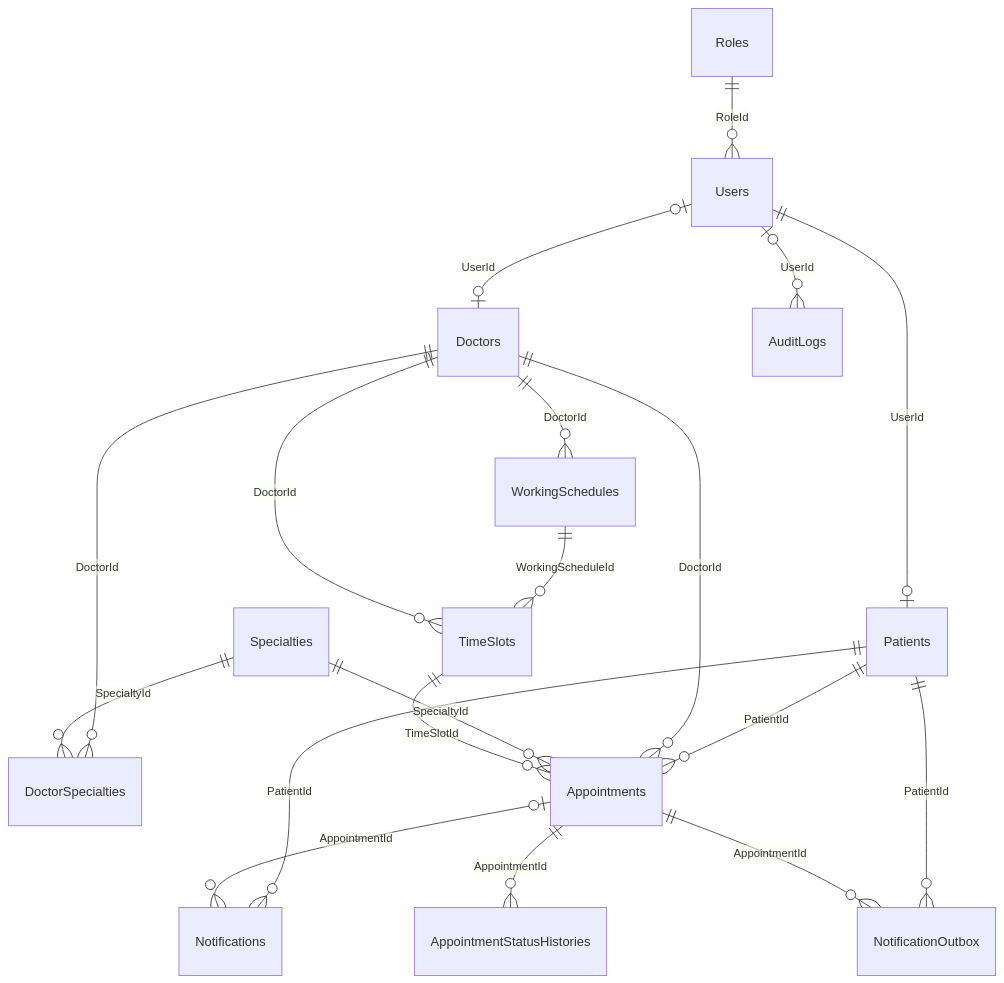
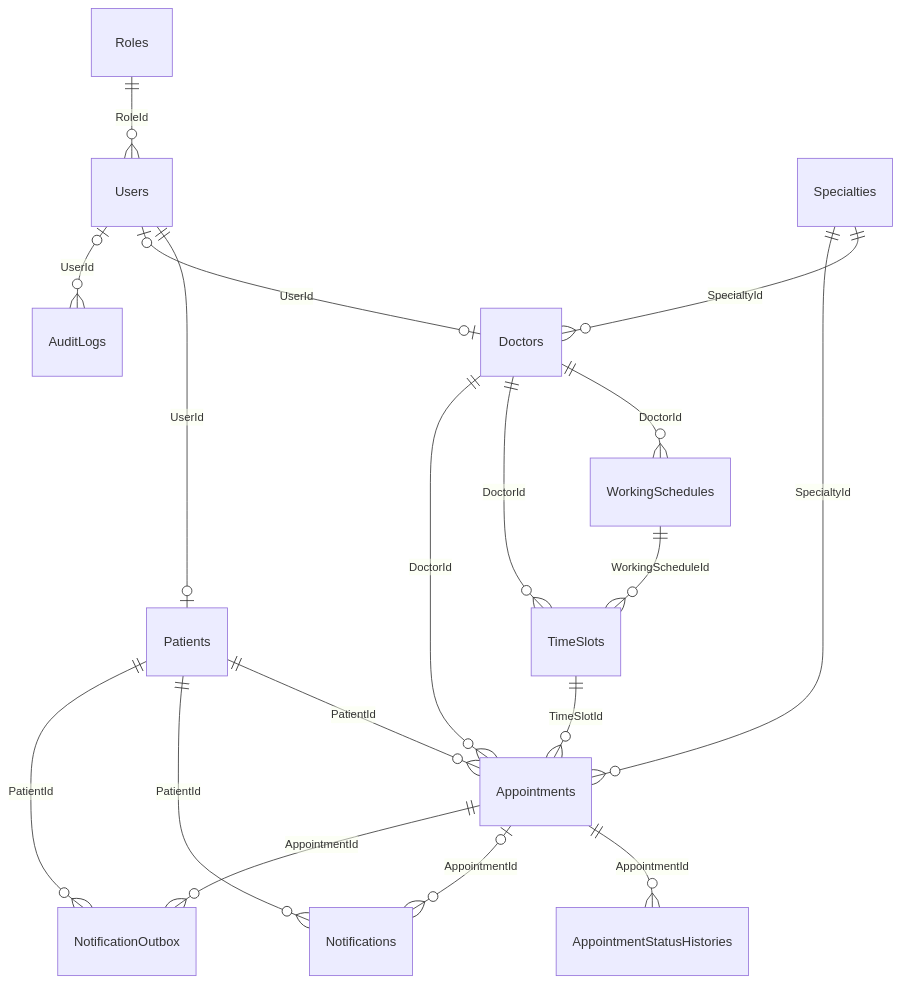
One commit to TienPhat1912/nhom01_s6_OOAD changed the diagram in codes/docs/instructions/database-design.md. Above: the diagram before and after it, drawn with Mermaid. The commit also changed other lines of this file and 35 other files, not shown here.

Commit message:
feat: align OOAD model and enforce one specialty per doctor

````diff
--- a/codes/docs/instructions/database-design.md
+++ b/codes/docs/instructions/database-design.md
@@ -7,21 +7,20 @@
 ```mermaid
 erDiagram
     Roles ||--o{ Users : RoleId
     Users ||--o| Patients : UserId
     Users o|--o| Doctors : UserId
-    Doctors ||--o{ DoctorSpecialties : DoctorId
-    Specialties ||--o{ DoctorSpecialties : SpecialtyId
+    Specialties ||--o{ Doctors : SpecialtyId
     Doctors ||--o{ WorkingSchedules : DoctorId
     WorkingSchedules ||--o{ TimeSlots : WorkingScheduleId
     Doctors ||--o{ TimeSlots : DoctorId
     Patients ||--o{ Appointments : PatientId
     Doctors ||--o{ Appointments : DoctorId
     Specialties ||--o{ Appointments : SpecialtyId
     TimeSlots ||--o{ Appointments : TimeSlotId
     Appointments ||--o{ AppointmentStatusHistories : AppointmentId
     Patients ||--o{ Notifications : PatientId
     Appointments o|--o{ Notifications : AppointmentId
     Patients ||--o{ NotificationOutbox : PatientId
     Appointments ||--o{ NotificationOutbox : AppointmentId
     Users o|--o{ AuditLogs : UserId
 ```
````
